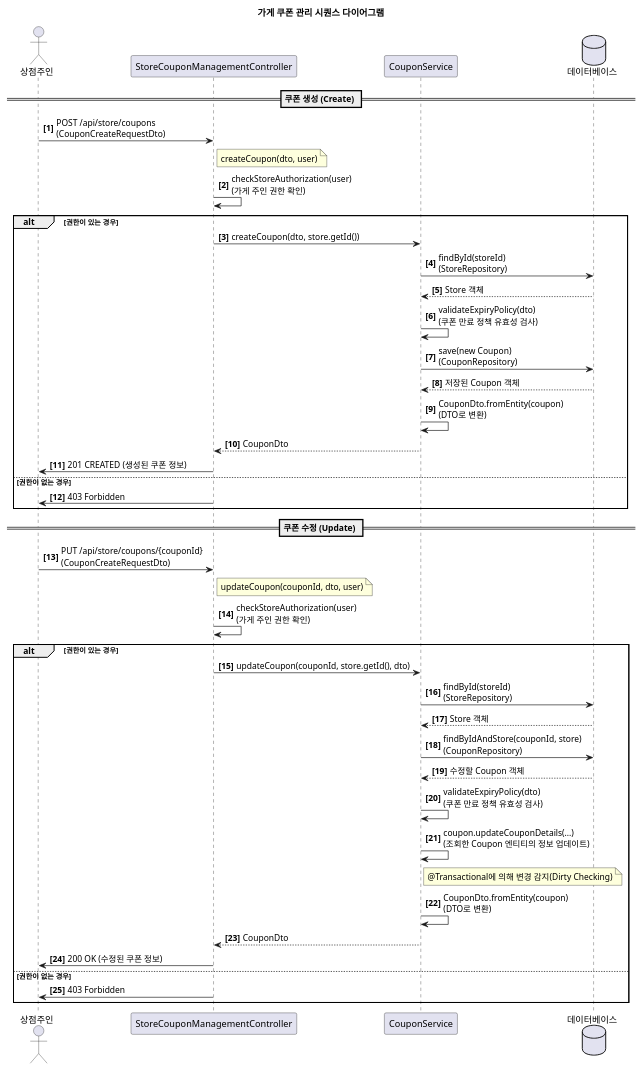
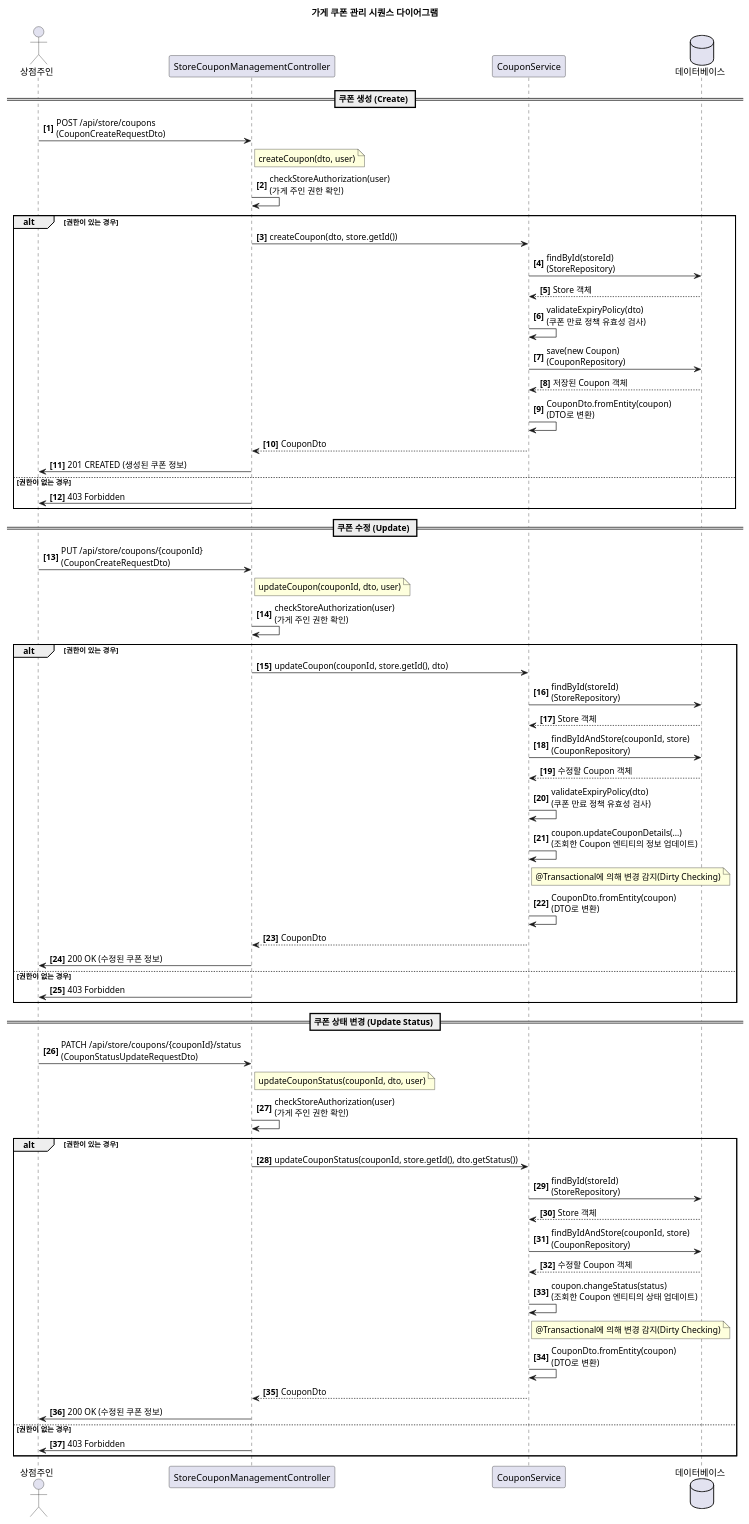
Before and after one commit to kod0406/Syu2_Back: the diagram in sequence/store/store.coupon.puml, drawn with PlantUML. The commit also changed 24 other files, not shown here.

```diff
--- a/sequence/store/store.coupon.puml
+++ b/sequence/store/store.coupon.puml
@@ -1,67 +1,93 @@
 @startuml
 'https://plantuml.com/sequence-diagram
 
 title 가게 쿠폰 관리 시퀀스 다이어그램
 
 autonumber "<b>[0]"
 
 actor 상점주인 as Owner
 
 participant "StoreCouponManagementController" as Controller
 participant "CouponService" as Service
 database "데이터베이스" as DB
 
 == 쿠폰 생성 (Create) ==
 
 Owner -> Controller: POST /api/store/coupons\n(CouponCreateRequestDto)
 note right of Controller: createCoupon(dto, user)
 
 Controller -> Controller: checkStoreAuthorization(user)\n(가게 주인 권한 확인)
 
 alt 권한이 있는 경우
     Controller -> Service: createCoupon(dto, store.getId())
     Service -> DB: findById(storeId)\n(StoreRepository)
     DB --> Service: Store 객체
 
     Service -> Service: validateExpiryPolicy(dto)\n(쿠폰 만료 정책 유효성 검사)
 
     Service -> DB: save(new Coupon)\n(CouponRepository)
     DB --> Service: 저장된 Coupon 객체
 
     Service -> Service: CouponDto.fromEntity(coupon)\n(DTO로 변환)
     Service --> Controller: CouponDto
 
     Controller -> Owner: 201 CREATED (생성된 쿠폰 정보)
 else 권한이 없는 경우
     Controller -> Owner: 403 Forbidden
 end
 
 == 쿠폰 수정 (Update) ==
 
 Owner -> Controller: PUT /api/store/coupons/{couponId}\n(CouponCreateRequestDto)
 note right of Controller: updateCoupon(couponId, dto, user)
 
 Controller -> Controller: checkStoreAuthorization(user)\n(가게 주인 권한 확인)
 
 alt 권한이 있는 경우
     Controller -> Service: updateCoupon(couponId, store.getId(), dto)
     Service -> DB: findById(storeId)\n(StoreRepository)
     DB --> Service: Store 객체
 
     Service -> DB: findByIdAndStore(couponId, store)\n(CouponRepository)
     DB --> Service: 수정할 Coupon 객체
 
     Service -> Service: validateExpiryPolicy(dto)\n(쿠폰 만료 정책 유효성 검사)
 
     Service -> Service: coupon.updateCouponDetails(...)\n(조회한 Coupon 엔티티의 정보 업데이트)
     note right of Service: @Transactional에 의해 변경 감지(Dirty Checking)
 
     Service -> Service: CouponDto.fromEntity(coupon)\n(DTO로 변환)
     Service --> Controller: CouponDto
 
     Controller -> Owner: 200 OK (수정된 쿠폰 정보)
 else 권한이 없는 경우
     Controller -> Owner: 403 Forbidden
 end
 
+== 쿠폰 상태 변경 (Update Status) ==
+
+Owner -> Controller: PATCH /api/store/coupons/{couponId}/status\n(CouponStatusUpdateRequestDto)
+note right of Controller: updateCouponStatus(couponId, dto, user)
+
+Controller -> Controller: checkStoreAuthorization(user)\n(가게 주인 권한 확인)
+
+alt 권한이 있는 경우
+    Controller -> Service: updateCouponStatus(couponId, store.getId(), dto.getStatus())
+    Service -> DB: findById(storeId)\n(StoreRepository)
+    DB --> Service: Store 객체
+
+    Service -> DB: findByIdAndStore(couponId, store)\n(CouponRepository)
+    DB --> Service: 수정할 Coupon 객체
+
+    Service -> Service: coupon.changeStatus(status)\n(조회한 Coupon 엔티티의 상태 업데이트)
+    note right of Service: @Transactional에 의해 변경 감지(Dirty Checking)
+
+    Service -> Service: CouponDto.fromEntity(coupon)\n(DTO로 변환)
+    Service --> Controller: CouponDto
+
+    Controller -> Owner: 200 OK (수정된 쿠폰 정보)
+else 권한이 없는 경우
+    Controller -> Owner: 403 Forbidden
+end
+
 @enduml
```
